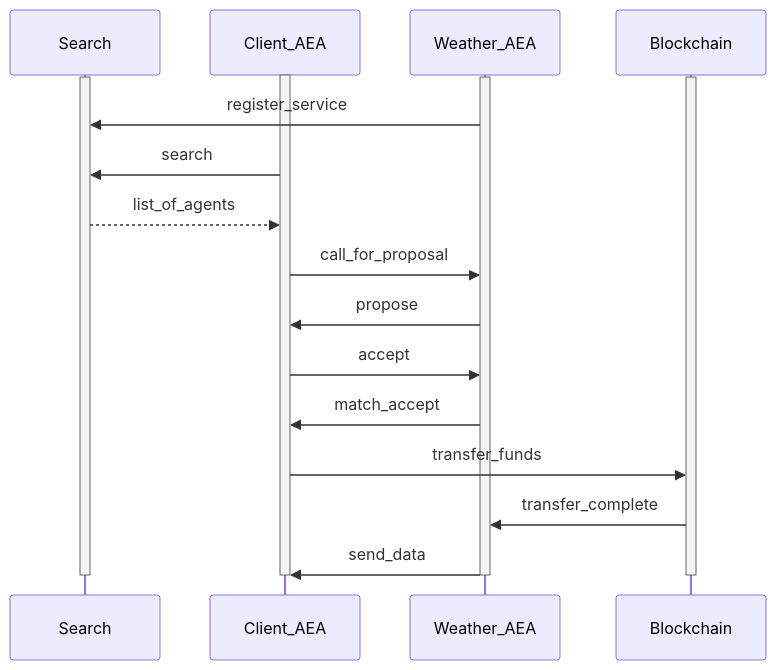
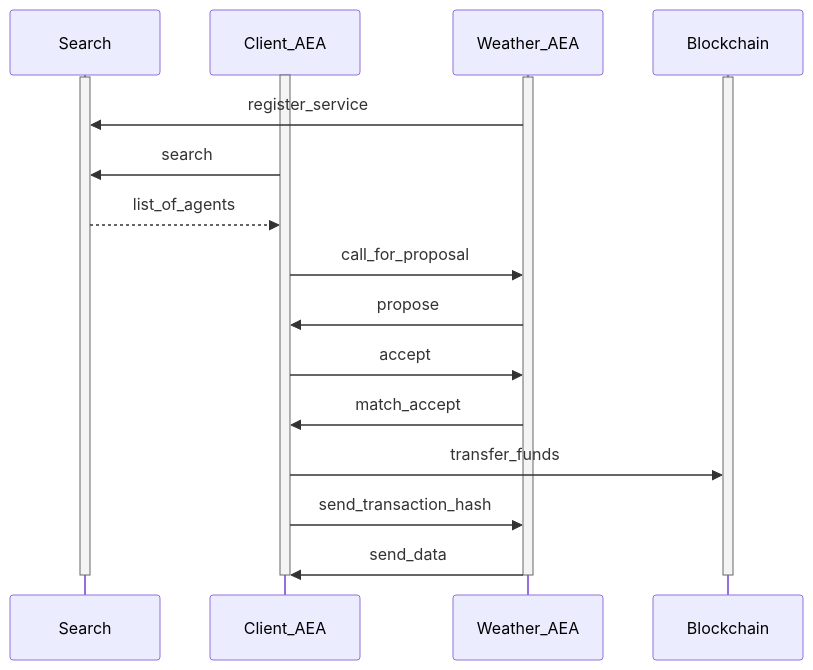
The second of 2 diagrams in docs/weather-skills.md (legendarydeveloper919/agents-aea), drawn with Mermaid before and after one commit. The commit also changed other lines of this file and 3 other files, not shown here.

```diff
--- a/docs/weather-skills.md
+++ b/docs/weather-skills.md
@@ -275,29 +276,29 @@
 <div class="mermaid">
     sequenceDiagram
         participant Search
         participant Client_AEA
         participant Weather_AEA
         participant Blockchain
     
         activate Client_AEA
         activate Search
         activate Weather_AEA
         activate Blockchain
         
         Weather_AEA->>Search: register_service
         Client_AEA->>Search: search
         Search-->>Client_AEA: list_of_agents
         Client_AEA->>Weather_AEA: call_for_proposal
         Weather_AEA->>Client_AEA: propose
         Client_AEA->>Weather_AEA: accept
         Weather_AEA->>Client_AEA: match_accept
         Client_AEA->>Blockchain: transfer_funds
-        Blockchain->>Weather_AEA: transfer_complete
+        Client_AEA->>Weather_AEA: send_transaction_hash
         Weather_AEA->>Client_AEA: send_data
         
         deactivate Client_AEA
         deactivate Search
         deactivate Weather_AEA
         deactivate Blockchain
        
 </div>
```
